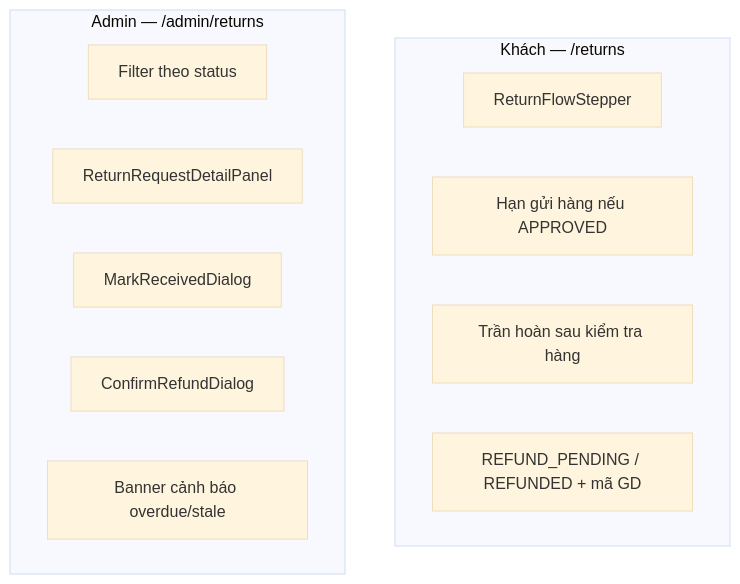
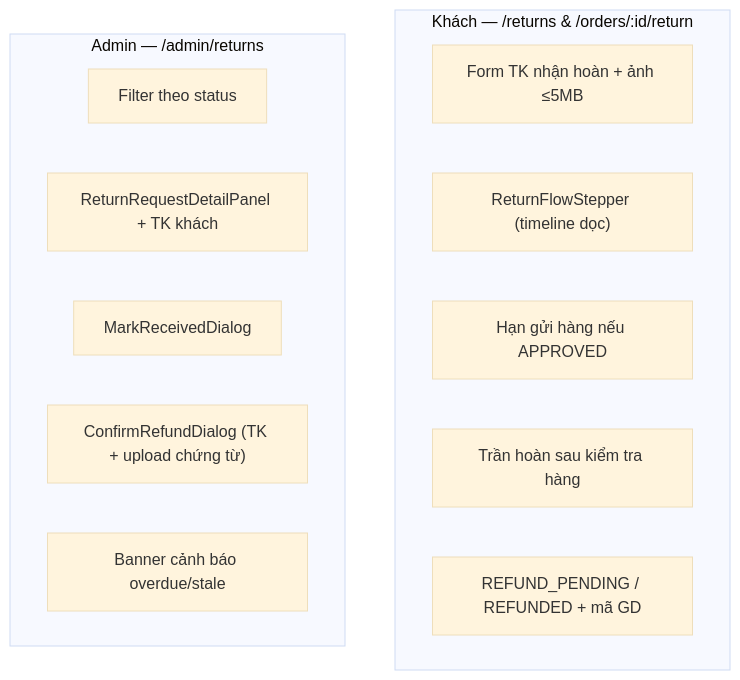
One commit to trantuanhung1209/sole_ecommerce changed the tenth of 18 diagrams in docs/FUNCTIONAL_FLOWS.md. Above: the diagram before and after it, drawn with Mermaid (base theme). The commit also changed other lines of this file and 32 other files, not shown here.

First line of the commit message:
feat(returns): bank refund flow, detail pages, and doc consolidation

````diff
--- a/docs/FUNCTIONAL_FLOWS.md
+++ b/docs/FUNCTIONAL_FLOWS.md
@@ -321,17 +322,18 @@
 ```mermaid
 flowchart TB
-  subgraph CustomerUI["Khách — /returns"]
-    C1["ReturnFlowStepper"]
+  subgraph CustomerUI["Khách — /returns & /orders/:id/return"]
+    C0["Form TK nhận hoàn + ảnh ≤5MB"]
+    C1["ReturnFlowStepper (timeline dọc)"]
     C2["Hạn gửi hàng nếu APPROVED"]
     C3["Trần hoàn sau kiểm tra hàng"]
     C4["REFUND_PENDING / REFUNDED + mã GD"]
   end
 
   subgraph AdminUI["Admin — /admin/returns"]
     A1["Filter theo status"]
-    A2["ReturnRequestDetailPanel"]
+    A2["ReturnRequestDetailPanel + TK khách"]
     A3["MarkReceivedDialog"]
-    A4["ConfirmRefundDialog"]
+    A4["ConfirmRefundDialog (TK + upload chứng từ)"]
     A5["Banner cảnh báo overdue/stale"]
   end
 ```
````
